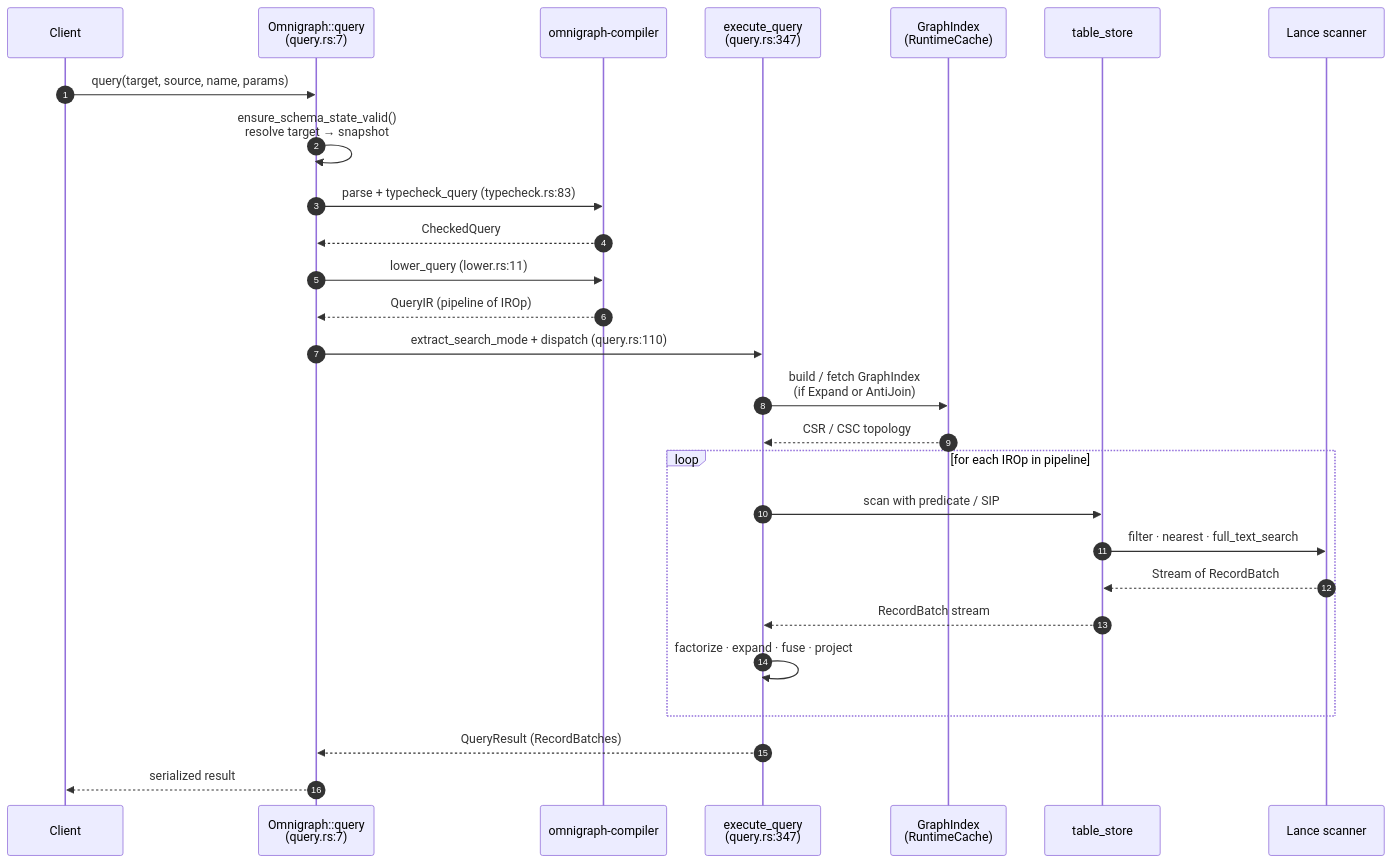
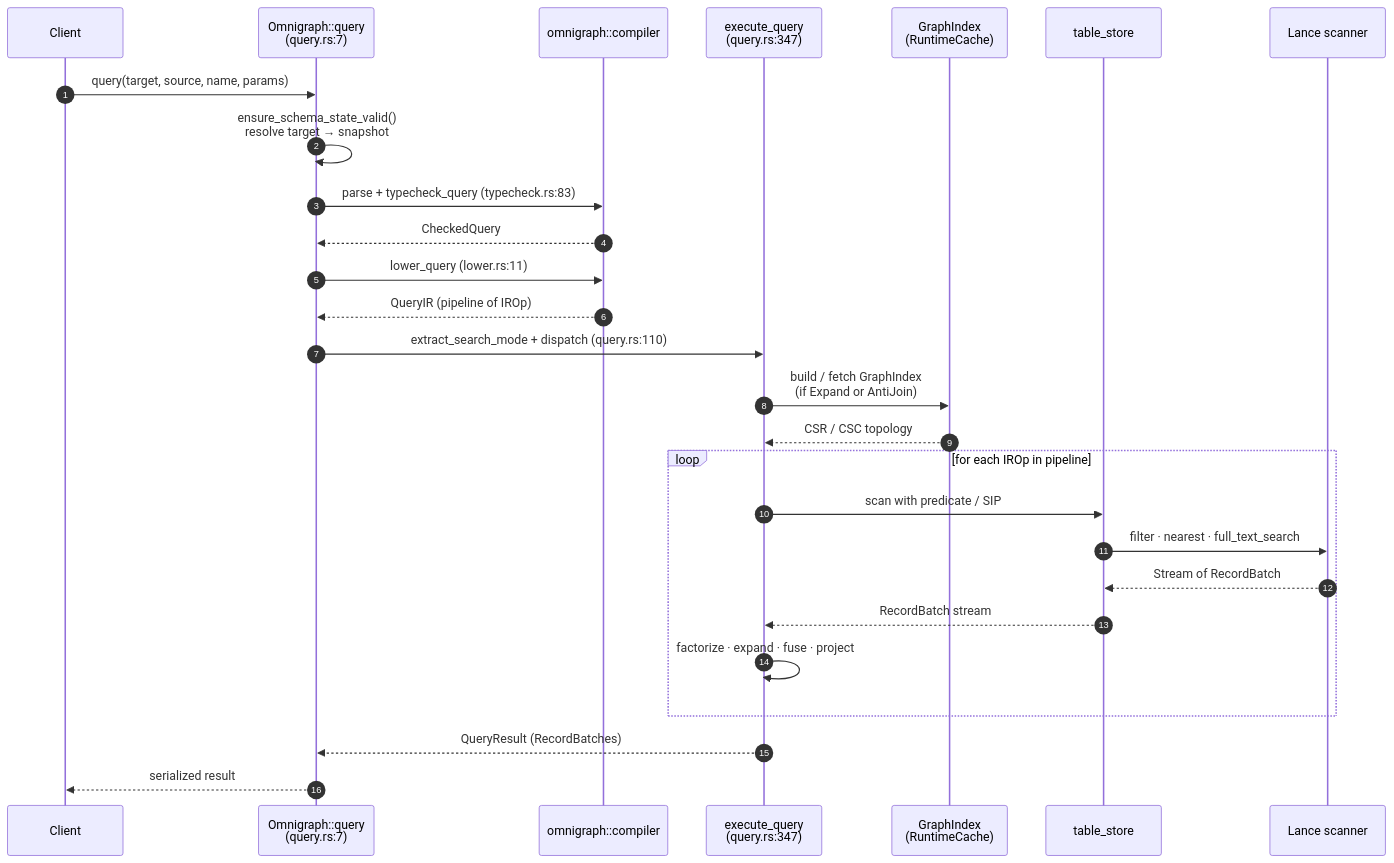
The first of 2 diagrams in docs/dev/execution.md (ModernRelay/omnigraph), drawn with Mermaid before and after one commit. The commit also changed other lines of this file and 26 other files, not shown here.

````diff
--- a/docs/dev/execution.md
+++ b/docs/dev/execution.md
@@ -14,30 +14,30 @@
 ```mermaid
 sequenceDiagram
     autonumber
     participant client as Client
     participant og as Omnigraph::query<br/>(query.rs:7)
-    participant cmp as omnigraph-compiler
+    participant cmp as omnigraph::compiler
     participant exec as execute_query<br/>(query.rs:347)
     participant gi as GraphIndex<br/>(RuntimeCache)
     participant ts as table_store
     participant lance as Lance scanner
 
     client->>og: query(target, source, name, params)
     og->>og: ensure_schema_state_valid()<br/>resolve target → snapshot
     og->>cmp: parse + typecheck_query (typecheck.rs:83)
     cmp-->>og: CheckedQuery
     og->>cmp: lower_query (lower.rs:11)
     cmp-->>og: QueryIR (pipeline of IROp)
     og->>exec: extract_search_mode + dispatch (query.rs:110)
     exec->>gi: build / fetch GraphIndex<br/>(if Expand or AntiJoin)
     gi-->>exec: CSR / CSC topology
     loop for each IROp in pipeline
         exec->>ts: scan with predicate / SIP
         ts->>lance: filter · nearest · full_text_search
         lance-->>ts: Stream of RecordBatch
         ts-->>exec: RecordBatch stream
         exec->>exec: factorize · expand · fuse · project
     end
     exec-->>og: QueryResult (RecordBatches)
     og-->>client: serialized result
 ```
````
